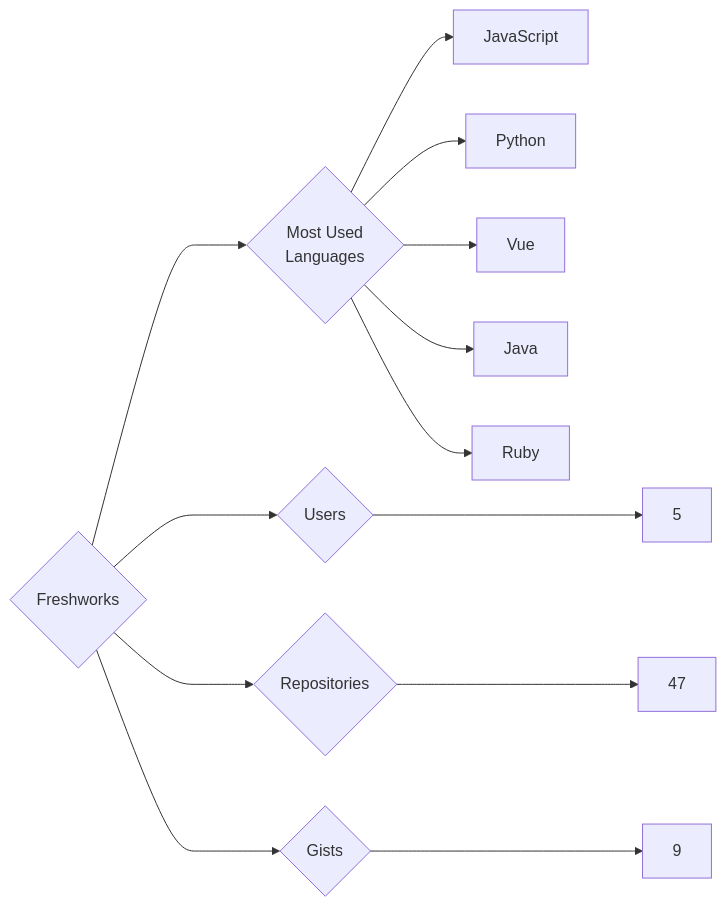
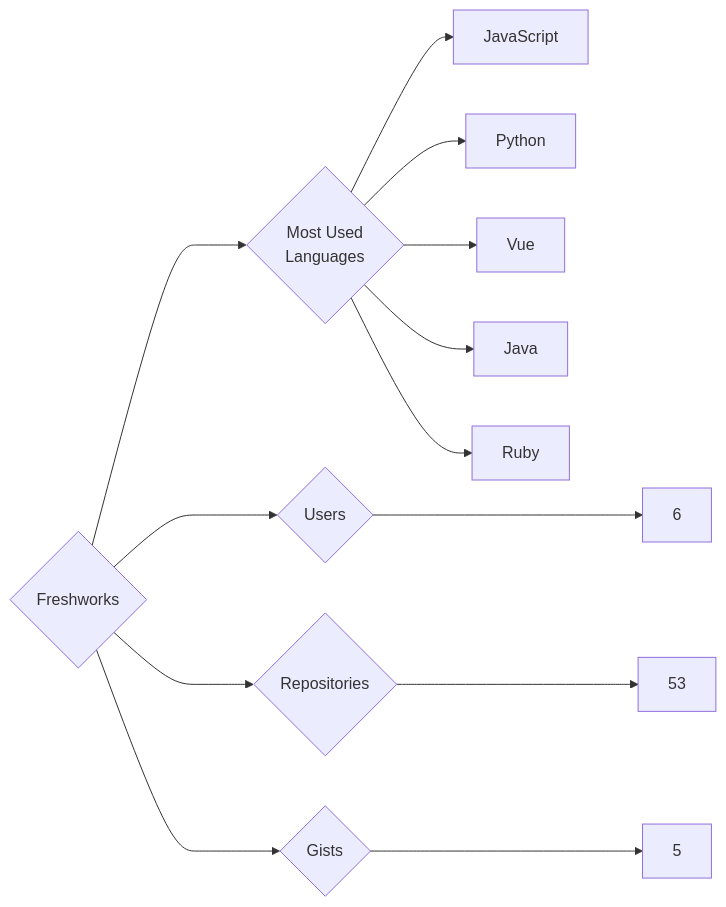
The diagram in targets/Freshworks/README.md (trickest/insiders), drawn with Mermaid before and after one commit. The commit also changed 1166 other files, not shown here.

````diff
--- a/targets/Freshworks/README.md
+++ b/targets/Freshworks/README.md
@@ -3,13 +3,13 @@
 ```mermaid
 graph LR
 COMPANY_NAME{Freshworks}
-COMPANY_NAME ---> U{Users} ---> UN[5]
-COMPANY_NAME ---> R{Repositories} ---> RN[47]
-COMPANY_NAME ---> G{Gists} ---> GN[9]
+COMPANY_NAME ---> U{Users} ---> UN[6]
+COMPANY_NAME ---> R{Repositories} ---> RN[53]
+COMPANY_NAME ---> G{Gists} ---> GN[5]
 COMPANY_NAME ---> ML{Most Used<br>Languages}
 ML --> JavaScript[JavaScript]
 ML --> Python[Python]
 ML --> Vue[Vue]
 ML --> Java[Java]
 ML --> Ruby[Ruby]
 ```
````
